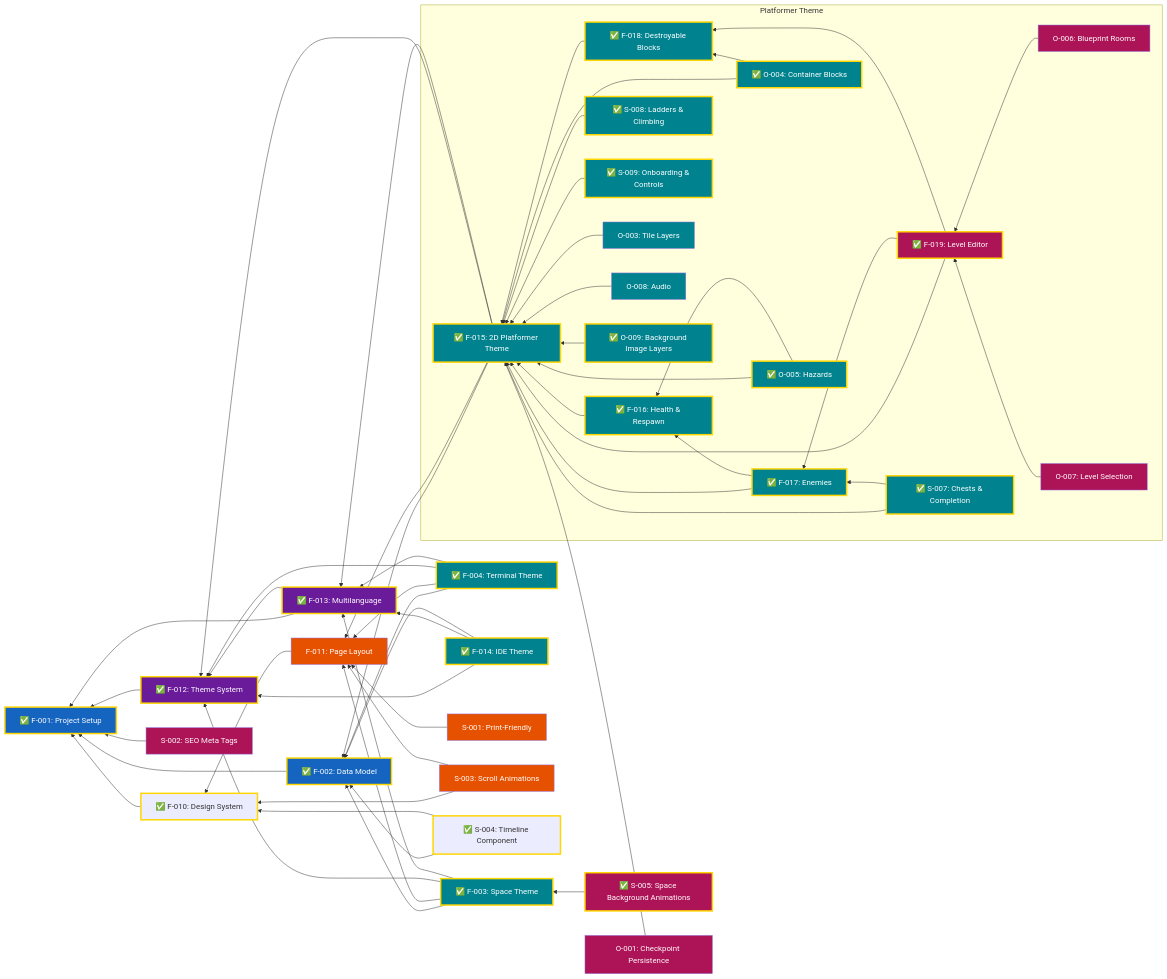
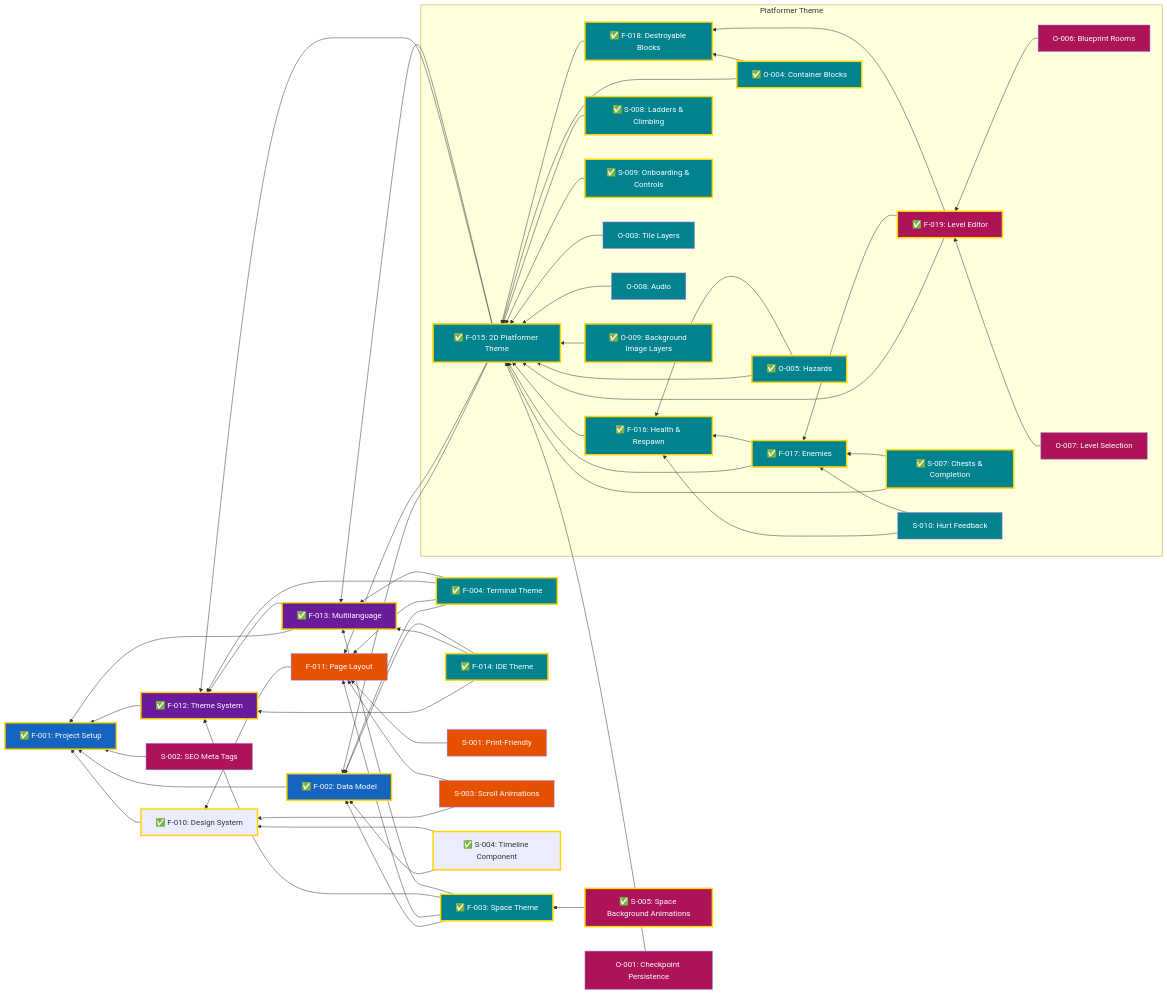
Before and after one commit to garcipat/cv-website: the diagram in docs/Features.md, drawn with Mermaid. The commit also changed other lines of this file and 8 other files, not shown here.

First line of the commit message:
docs: add S-010 platformer hurt feedback spec and design

````diff
--- a/docs/Features.md
+++ b/docs/Features.md
@@ -126,6 +128,7 @@
         S007["✅ S-007: Chests & Completion"]
         S008["✅ S-008: Ladders & Climbing"]
         S009["✅ S-009: Onboarding & Controls"]
+        S010["S-010: Hurt Feedback"]
         O003["O-003: Tile Layers"]
         O004["✅ O-004: Container Blocks"]
         O005["✅ O-005: Hazards"]
@@ -174,6 +177,8 @@
     S007 --> F017
     S008 --> F015
     S009 --> F015
+    S010 --> F016
+    S010 --> F017
     O003 --> F015
     O004 --> F015
     O004 --> F018
@@ -207,7 +212,7 @@
     class S004 done
     class S002,S005,O001 enhancements
     class S005 done
-    class F015,F016,F017,F018,S007,S008,S009,O003,O004,O005,O008,O009 themes
+    class F015,F016,F017,F018,S007,S008,S009,S010,O003,O004,O005,O008,O009 themes
     class F019,O006,O007 enhancements
     class F015,F016,F017,F018,F019,S007,S008,S009,O004,O005,O009 done
 ```
````
